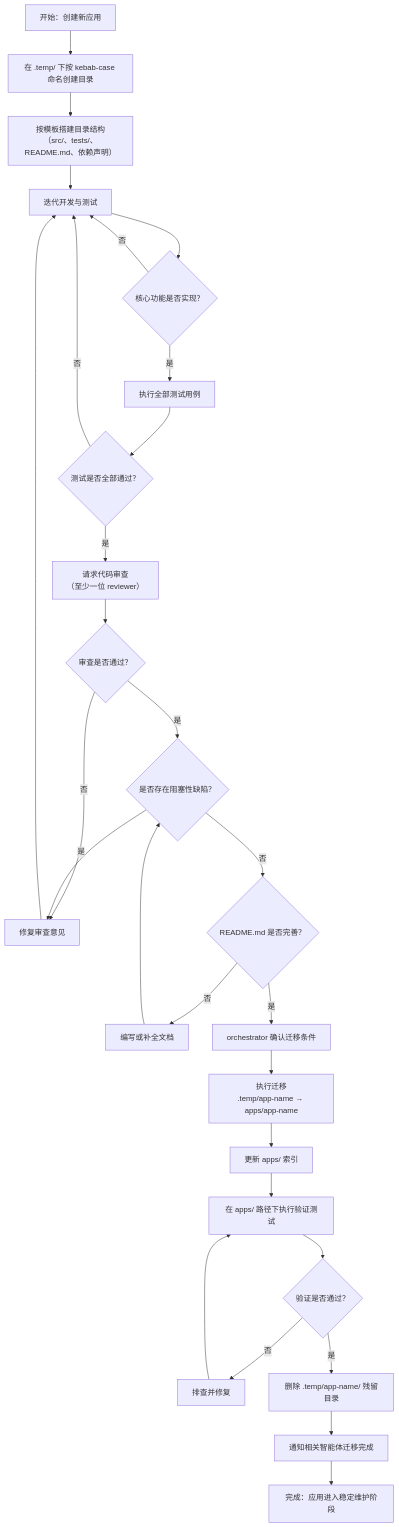
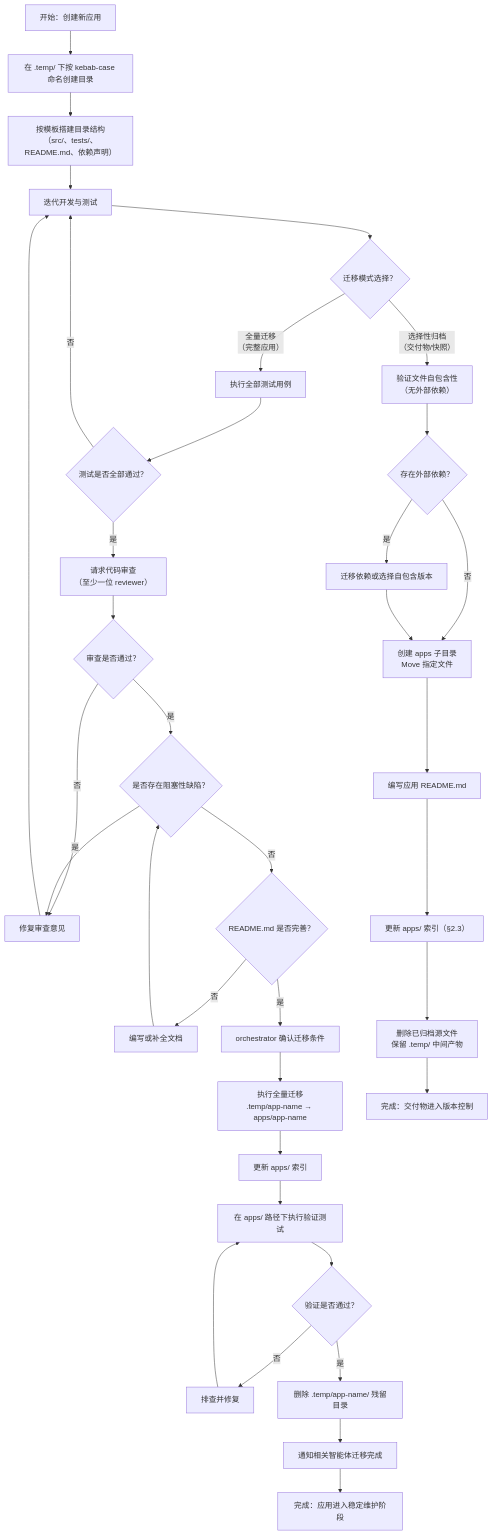
Before and after one commit to xinetzone/SpecWeave: the second of 2 diagrams in .agents/protocols/app-development-workflow.md, drawn with Mermaid. The commit also changed other lines of this file, not shown here.

````diff
--- a/.agents/protocols/app-development-workflow.md
+++ b/.agents/protocols/app-development-workflow.md
@@ -132,30 +190,38 @@
 ```mermaid
 flowchart TD
     A["开始：创建新应用"] --> B["在 .temp/ 下按 kebab-case 命名创建目录"]
     B --> C["按模板搭建目录结构\n（src/、tests/、README.md、依赖声明）"]
     C --> D["迭代开发与测试"]
-    D --> E{"核心功能是否实现？"}
-    E -->|"否"| D
-    E -->|"是"| F["执行全部测试用例"]
+    D --> E{"迁移模式选择？"}
+    E -->|"全量迁移\n（完整应用）"| F["执行全部测试用例"]
+    E -->|"选择性归档\n（交付物/快照）"| SA1["验证文件自包含性\n（无外部依赖）"]
     F --> G{"测试是否全部通过？"}
     G -->|"否"| D
     G -->|"是"| H["请求代码审查\n（至少一位 reviewer）"]
     H --> I{"审查是否通过？"}
     I -->|"否"| J["修复审查意见"]
     J --> D
     I -->|"是"| K{"是否存在阻塞性缺陷？"}
     K -->|"是"| J
     K -->|"否"| L{"README.md 是否完善？"}
     L -->|"否"| M["编写或补全文档"]
     M --> K
     L -->|"是"| N["orchestrator 确认迁移条件"]
-    N --> O["执行迁移\n.temp/app-name → apps/app-name"]
+    N --> O["执行全量迁移\n.temp/app-name → apps/app-name"]
+    SA1 --> SA2{"存在外部依赖？"}
+    SA2 -->|"是"| SA3["迁移依赖或选择自包含版本"]
+    SA2 -->|"否"| SA4["创建 apps 子目录\nMove 指定文件"]
+    SA3 --> SA4
+    SA4 --> SA5["编写应用 README.md"]
+    SA5 --> SA6["更新 apps/ 索引（§2.3）"]
+    SA6 --> SA7["删除已归档源文件\n保留 .temp/ 中间产物"]
+    SA7 --> SZ["完成：交付物进入版本控制"]
     O --> P["更新 apps/ 索引"]
     P --> Q["在 apps/ 路径下执行验证测试"]
     Q --> R{"验证是否通过？"}
     R -->|"否"| S["排查并修复"]
     S --> Q
     R -->|"是"| T["删除 .temp/app-name/ 残留目录"]
     T --> U["通知相关智能体迁移完成"]
     U --> V["完成：应用进入稳定维护阶段"]
 ```
````
